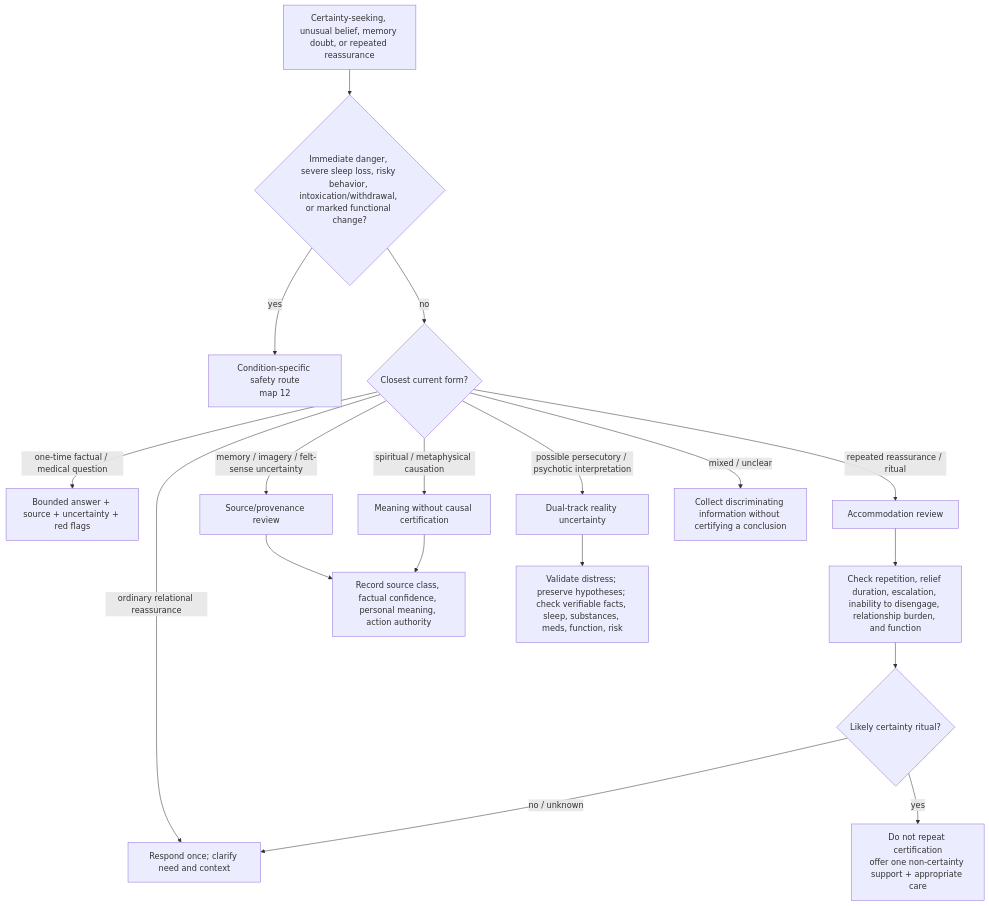
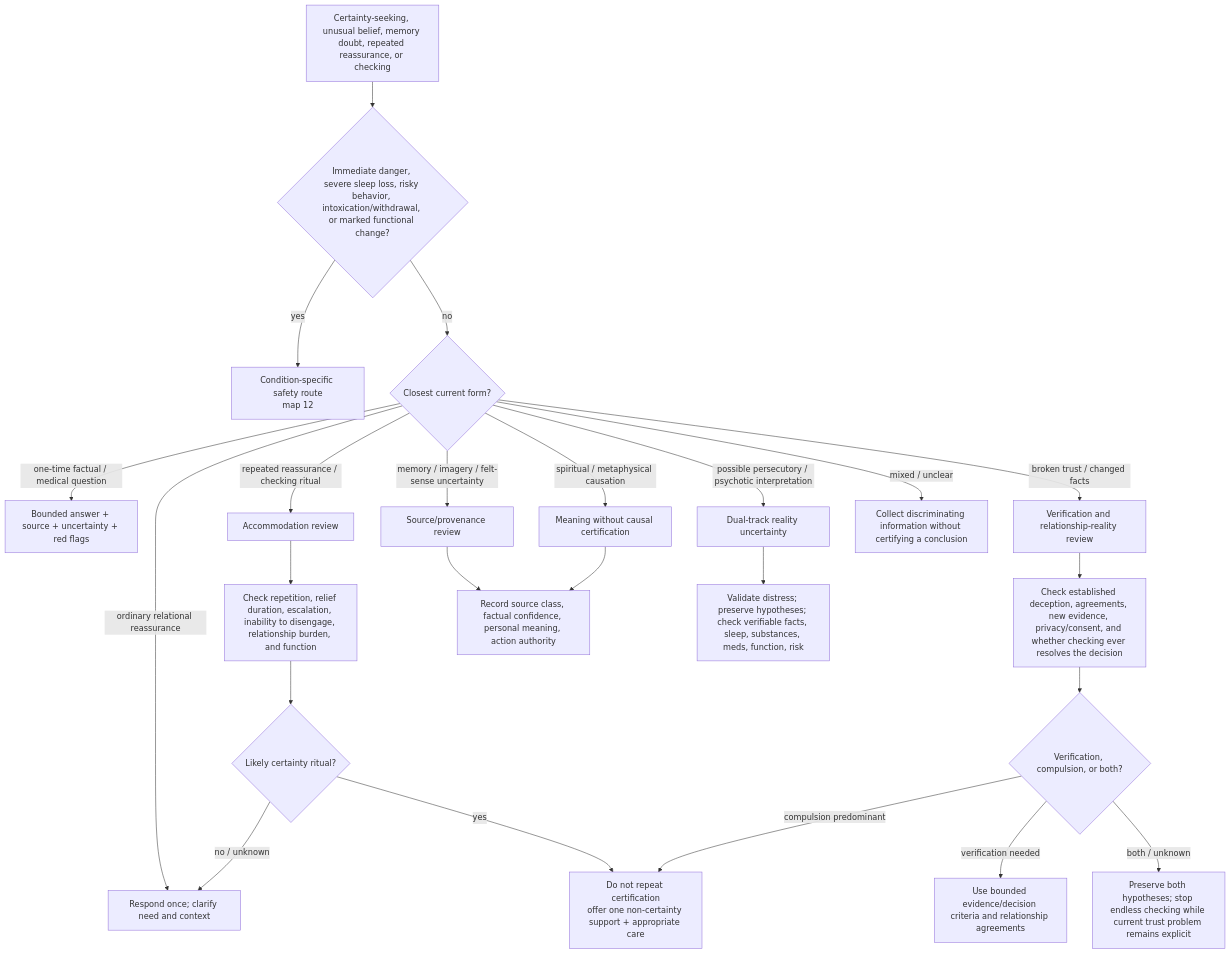
One commit to u-dont-existDOTcom/creativeTailSampling changed the diagram in analysis/inner_child_protocol/maps/10-REASSURANCE-CERTAINTY-AND-REALITY-UNCERTAINTY.md. Above: the diagram before and after it, drawn with Mermaid. The commit also changed other lines of this file, not shown here.

Commit message:
Distinguish reassurance accommodation from verification after broken trust

````diff
--- a/analysis/inner_child_protocol/maps/10-REASSURANCE-CERTAINTY-AND-REALITY-UNCERTAINTY.md
+++ b/analysis/inner_child_protocol/maps/10-REASSURANCE-CERTAINTY-AND-REALITY-UNCERTAINTY.md
@@ -5,22 +5,28 @@
 ```mermaid
 flowchart TD
-    A["Certainty-seeking, unusual belief, memory doubt, or repeated reassurance"] --> B{"Immediate danger, severe sleep loss, risky behavior, intoxication/withdrawal, or marked functional change?"}
+    A["Certainty-seeking, unusual belief, memory doubt, repeated reassurance, or checking"] --> B{"Immediate danger, severe sleep loss, risky behavior, intoxication/withdrawal, or marked functional change?"}
     B -- "yes" --> C["Condition-specific safety route<br/>map 12"]
     B -- "no" --> D{"Closest current form?"}
     D -- "one-time factual / medical question" --> E["Bounded answer + source + uncertainty + red flags"]
     D -- "ordinary relational reassurance" --> F["Respond once; clarify need and context"]
-    D -- "repeated reassurance / ritual" --> G["Accommodation review"]
+    D -- "repeated reassurance / checking ritual" --> G["Accommodation review"]
+    D -- "broken trust / changed facts" --> G2["Verification and relationship-reality review"]
     D -- "memory / imagery / felt-sense uncertainty" --> H["Source/provenance review"]
     D -- "spiritual / metaphysical causation" --> I["Meaning without causal certification"]
     D -- "possible persecutory / psychotic interpretation" --> J["Dual-track reality uncertainty"]
     D -- "mixed / unclear" --> K["Collect discriminating information without certifying a conclusion"]
 
     G --> L["Check repetition, relief duration, escalation, inability to disengage, relationship burden, and function"]
+    G2 --> L2["Check established deception, agreements, new evidence, privacy/consent, and whether checking ever resolves the decision"]
     L --> M{"Likely certainty ritual?"}
     M -- "yes" --> N["Do not repeat certification<br/>offer one non-certainty support + appropriate care"]
     M -- "no / unknown" --> F
+    L2 --> M2{"Verification, compulsion, or both?"}
+    M2 -- "verification needed" --> N2["Use bounded evidence/decision criteria and relationship agreements"]
+    M2 -- "compulsion predominant" --> N
+    M2 -- "both / unknown" --> N3["Preserve both hypotheses; stop endless checking while current trust problem remains explicit"]
 
     H --> O["Record source class, factual confidence, personal meaning, action authority"]
     I --> O
     J --> P["Validate distress; preserve hypotheses; check verifiable facts, sleep, substances, meds, function, risk"]
 ```
````
